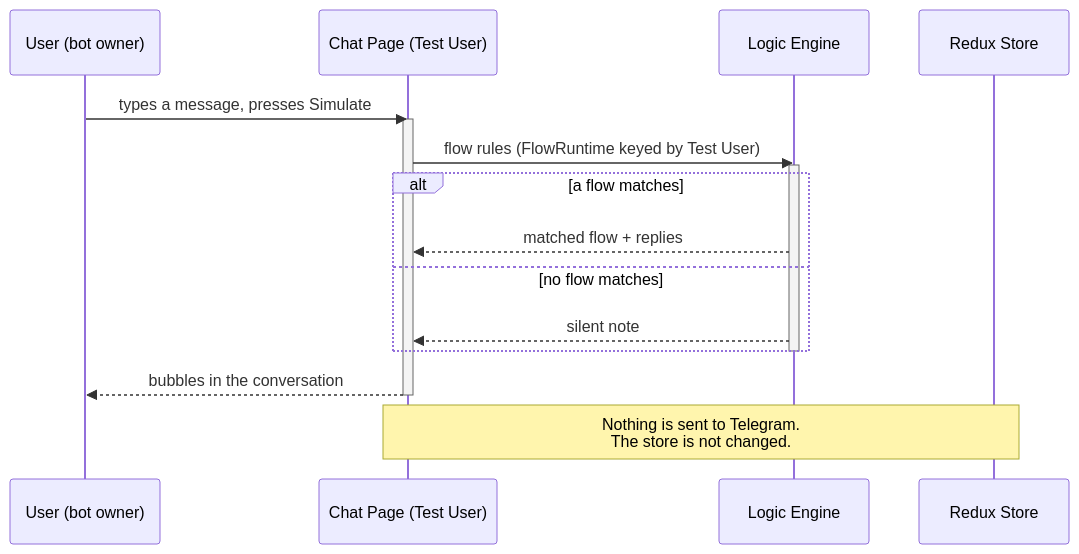
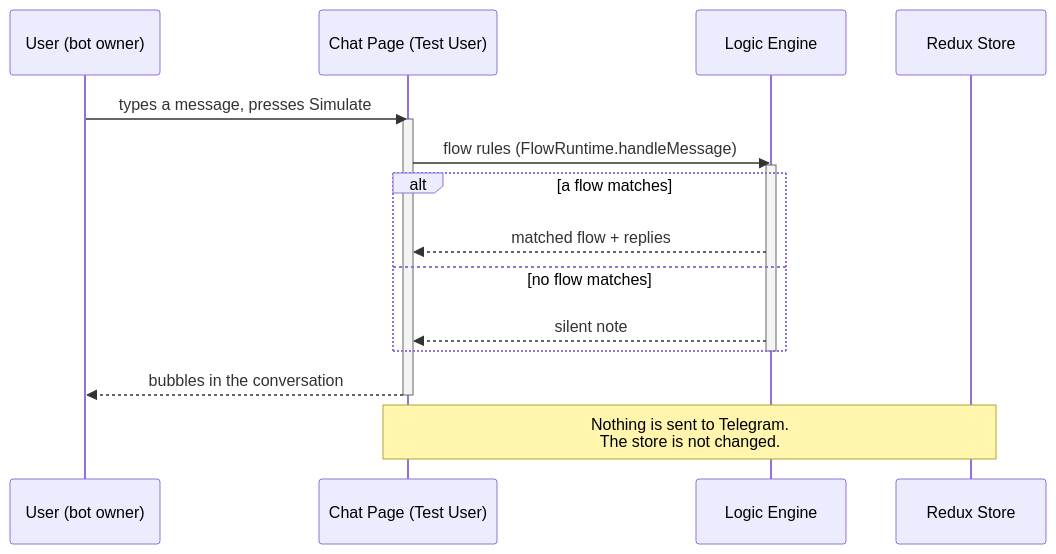
One commit to Jh123x/telegram-bot-on-browser changed the fourth of 6 diagrams in docs/ARCHITECTURE.md. Above: the diagram before and after it, drawn with Mermaid. The commit also changed other lines of this file and 25 other files, not shown here.

````diff
--- a/docs/ARCHITECTURE.md
+++ b/docs/ARCHITECTURE.md
@@ -157,22 +157,22 @@
 ```mermaid
 sequenceDiagram
   participant U as User (bot owner)
   participant C as Chat Page (Test User)
   participant L as Logic Engine
   participant S as Redux Store
 
   U->>C: types a message, presses Simulate
   activate C
-  C->>L: flow rules (FlowRuntime keyed by Test User)
+  C->>L: flow rules (FlowRuntime.handleMessage)
   activate L
   alt a flow matches
     L-->>C: matched flow + replies
   else no flow matches
     L-->>C: silent note
   end
   deactivate L
   C-->>U: bubbles in the conversation
   deactivate C
 
   Note over C,S: Nothing is sent to Telegram.<br/>The store is not changed.
 ```
````
